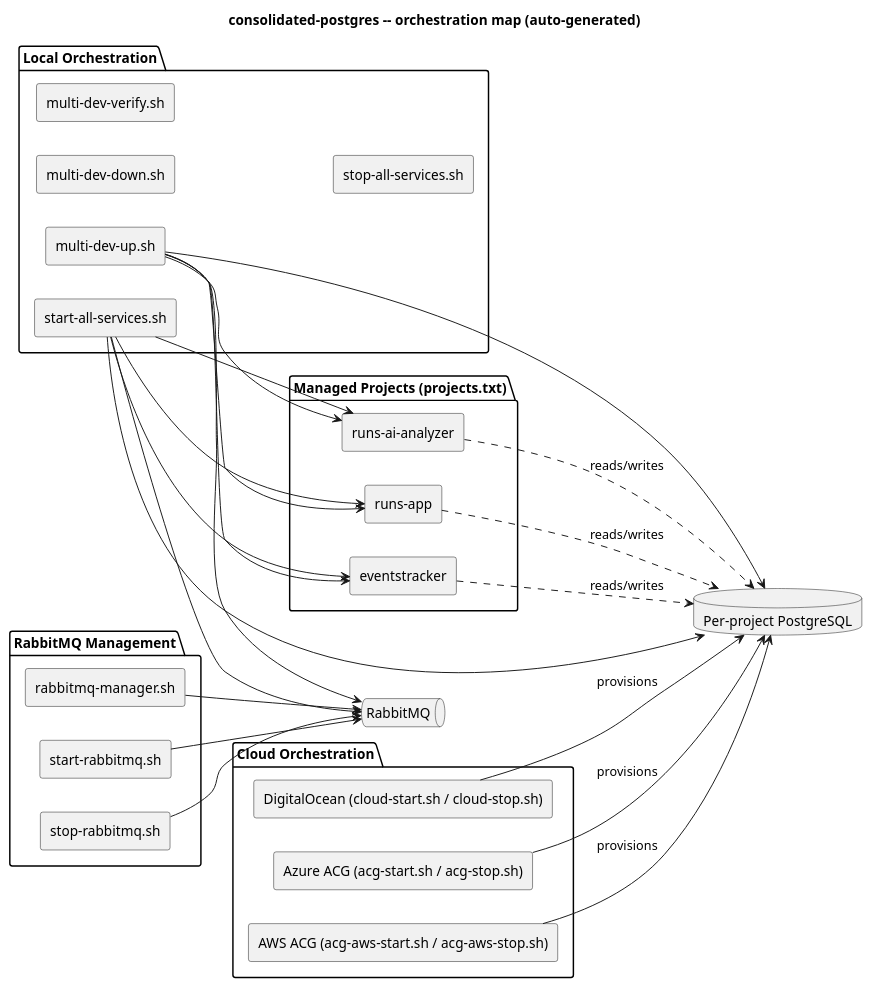
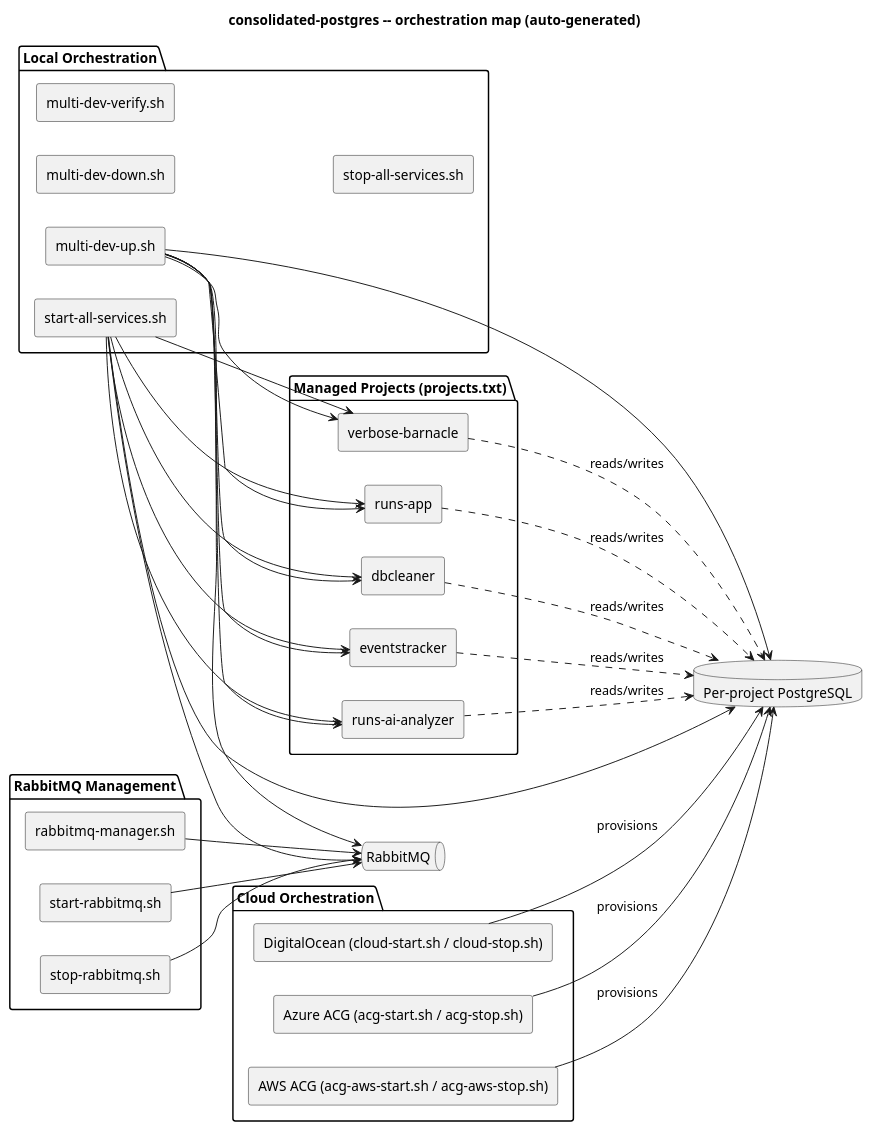
The diagram in docs/architecture.puml (sathishjayapal/consolidated-postgres), drawn with PlantUML before and after one commit. The commit also changed 14 other files, not shown here.

Commit message:
feat: add verbose-barnacle and dbcleaner projects to architecture and configuration scripts

```diff
--- a/docs/architecture.puml
+++ b/docs/architecture.puml
@@ -1,54 +1,62 @@
 @startuml
 title consolidated-postgres -- orchestration map (auto-generated)
 skinparam componentStyle rectangle
 left to right direction
 
 package "Local Orchestration" {
   [multi-dev-up.sh] as multi_dev_up_sh
   [multi-dev-down.sh] as multi_dev_down_sh
   [multi-dev-verify.sh] as multi_dev_verify_sh
   [start-all-services.sh] as start_all_services_sh
   [stop-all-services.sh] as stop_all_services_sh
 }
 
 package "Cloud Orchestration" {
   [DigitalOcean (cloud-start.sh / cloud-stop.sh)] as DigitalOcean
   [Azure ACG (acg-start.sh / acg-stop.sh)] as Azure_ACG
   [AWS ACG (acg-aws-start.sh / acg-aws-stop.sh)] as AWS_ACG
 }
 
 package "RabbitMQ Management" {
   [rabbitmq-manager.sh] as rabbitmq_manager_sh
   [start-rabbitmq.sh] as start_rabbitmq_sh
   [stop-rabbitmq.sh] as stop_rabbitmq_sh
 }
 
 package "Managed Projects (projects.txt)" {
   [eventstracker] as eventstracker
   [runs-app] as runs_app
   [runs-ai-analyzer] as runs_ai_analyzer
+  [verbose-barnacle] as verbose_barnacle
+  [dbcleaner] as dbcleaner
 }
 
 database "Per-project PostgreSQL" as PG
 queue "RabbitMQ" as MQ
 
 multi_dev_up_sh --> eventstracker
 multi_dev_up_sh --> runs_app
 multi_dev_up_sh --> runs_ai_analyzer
+multi_dev_up_sh --> verbose_barnacle
+multi_dev_up_sh --> dbcleaner
 multi_dev_up_sh --> PG
 multi_dev_up_sh --> MQ
 start_all_services_sh --> eventstracker
 start_all_services_sh --> runs_app
 start_all_services_sh --> runs_ai_analyzer
+start_all_services_sh --> verbose_barnacle
+start_all_services_sh --> dbcleaner
 start_all_services_sh --> PG
 start_all_services_sh --> MQ
 DigitalOcean --> PG : provisions
 Azure_ACG --> PG : provisions
 AWS_ACG --> PG : provisions
 rabbitmq_manager_sh --> MQ
 start_rabbitmq_sh --> MQ
 stop_rabbitmq_sh --> MQ
 eventstracker ..> PG : reads/writes
 runs_app ..> PG : reads/writes
 runs_ai_analyzer ..> PG : reads/writes
+verbose_barnacle ..> PG : reads/writes
+dbcleaner ..> PG : reads/writes
 @enduml
```
